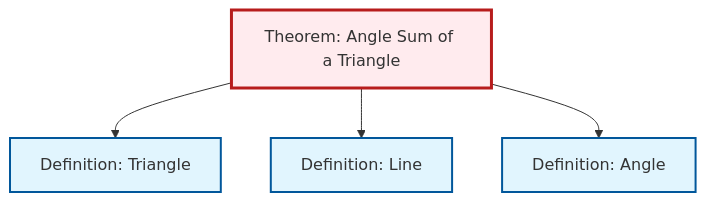
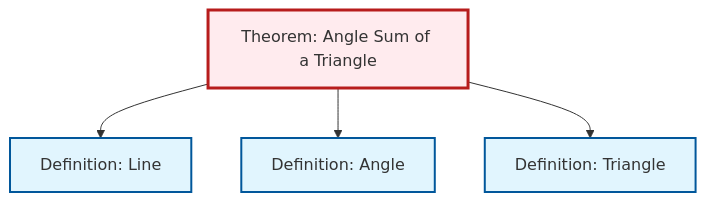
Before and after one commit to RK0429/ModernMath: the diagram in output/mermaid/thm-angle-sum-triangle.mermaid, drawn with Mermaid. The commit also changed other lines of this file and 530 other files, not shown here.

```diff
--- a/output/mermaid/thm-angle-sum-triangle.mermaid
+++ b/output/mermaid/thm-angle-sum-triangle.mermaid
@@ -1,15 +1,15 @@
 %%| fig-cap: "Local dependency graph"
 graph TD
     classDef definition fill:#e1f5fe,stroke:#01579b,stroke-width:2px
     classDef theorem fill:#f3e5f5,stroke:#4a148c,stroke-width:2px
     classDef axiom fill:#fff3e0,stroke:#e65100,stroke-width:2px
     classDef example fill:#e8f5e9,stroke:#1b5e20,stroke-width:2px
     classDef current fill:#ffebee,stroke:#b71c1c,stroke-width:3px
+    thm-angle-sum-triangle["Theorem: Angle Sum of a Triangle"]:::theorem
+    def-triangle["Definition: Triangle"]:::definition
+    def-line["Definition: Line"]:::definition
     def-angle["Definition: Angle"]:::definition
-    thm-angle-sum-triangle["Theorem: Angle Sum of a Triangle"]:::theorem
-    def-line["Definition: Line"]:::definition
-    def-triangle["Definition: Triangle"]:::definition
-    thm-angle-sum-triangle --> def-triangle
     thm-angle-sum-triangle --> def-line
     thm-angle-sum-triangle --> def-angle
+    thm-angle-sum-triangle --> def-triangle
     class thm-angle-sum-triangle current
```
